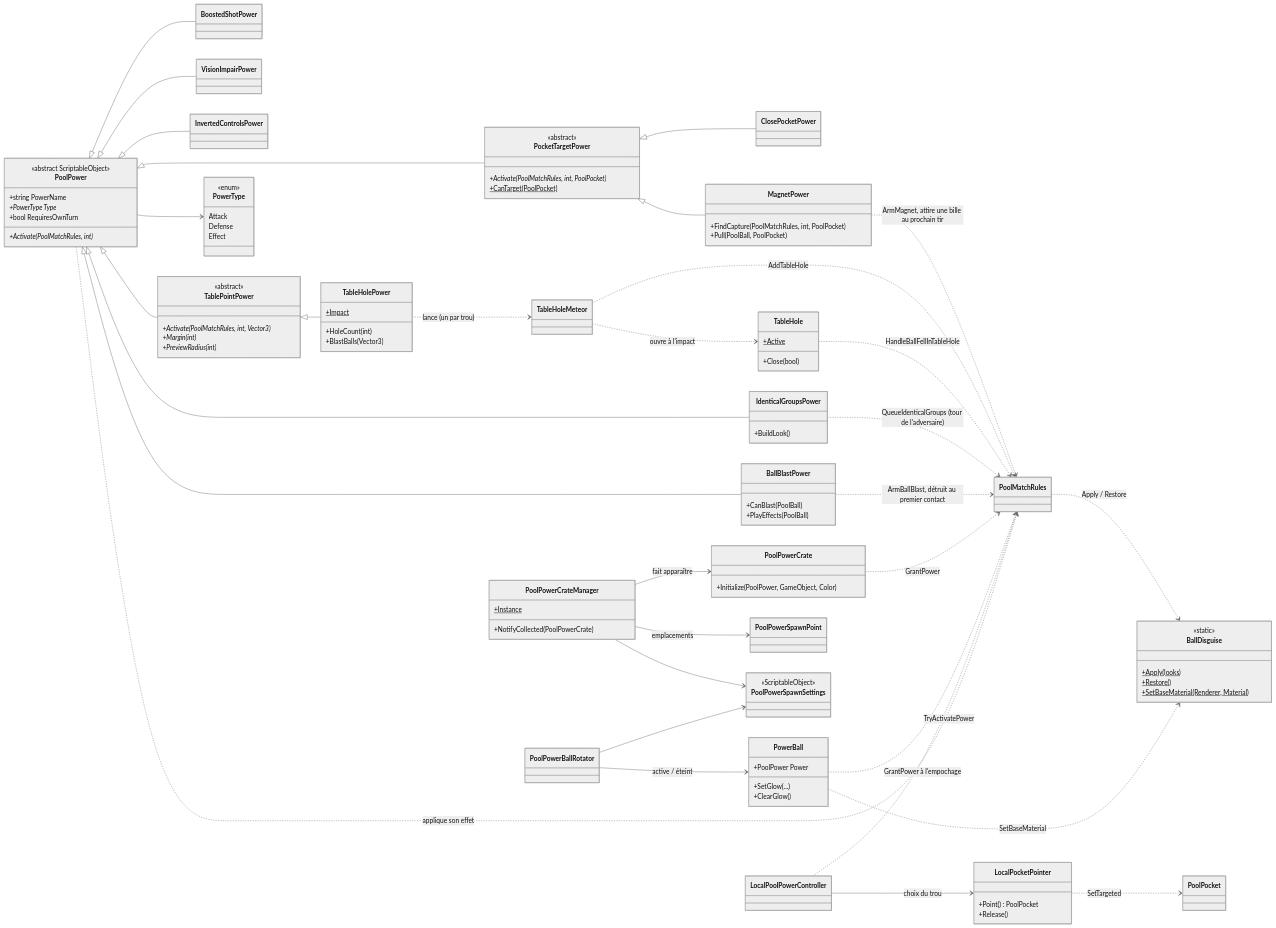
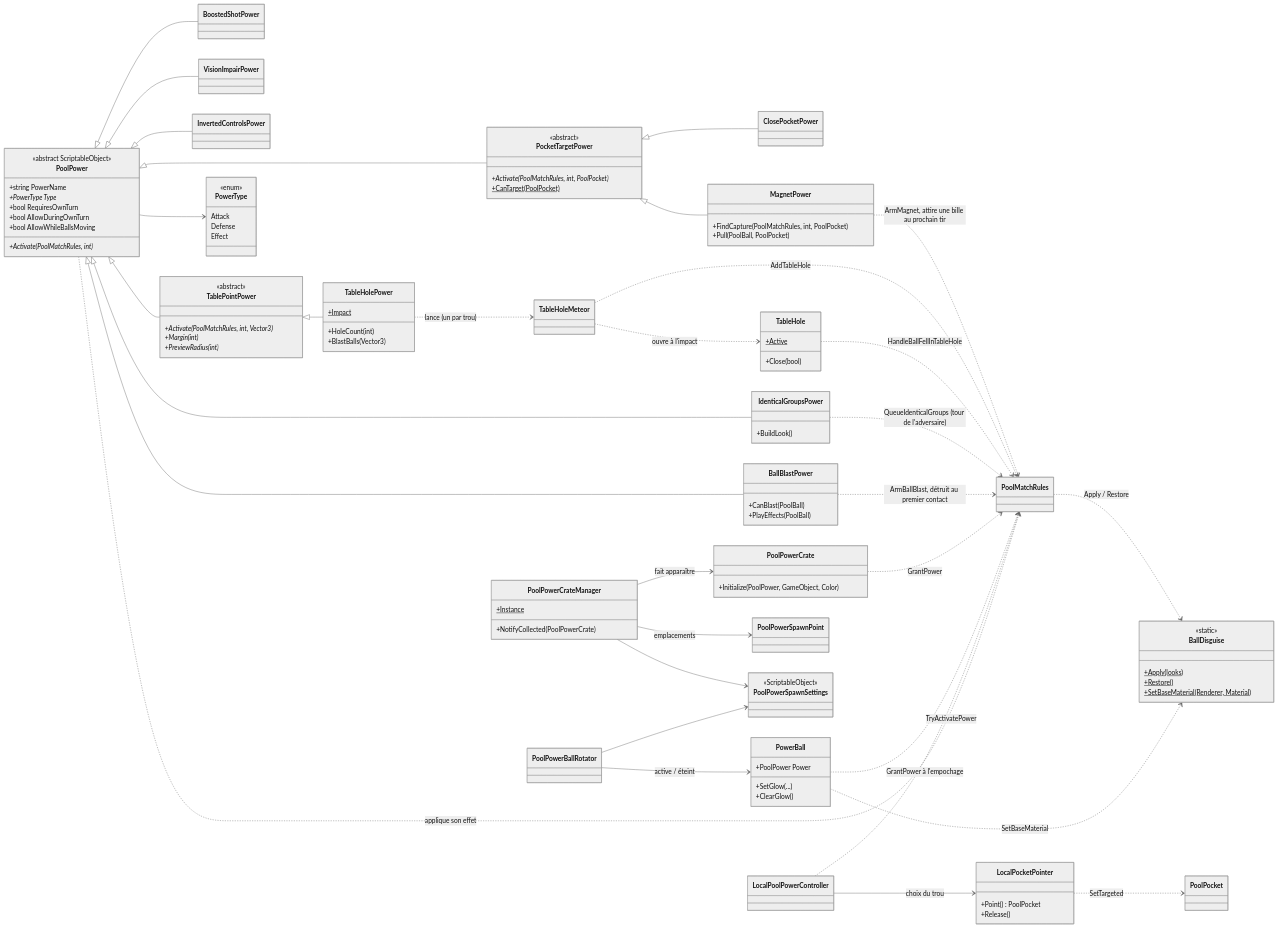
The fourth of 4 diagrams in docs/content/tech/architecture.md (FlackyBoy/UntitledPoolgame), drawn with Mermaid (neutral theme) before and after one commit. The commit also changed other lines of this file and 15 other files, not shown here.

```diff
--- a/docs/content/tech/architecture.md
+++ b/docs/content/tech/architecture.md
@@ -321,6 +330,8 @@
     +string PowerName
     +PowerType Type*
     +bool RequiresOwnTurn
+    +bool AllowDuringOwnTurn
+    +bool AllowWhileBallsMoving
     +Activate(PoolMatchRules, int)*
   }
   class BoostedShotPower
```
